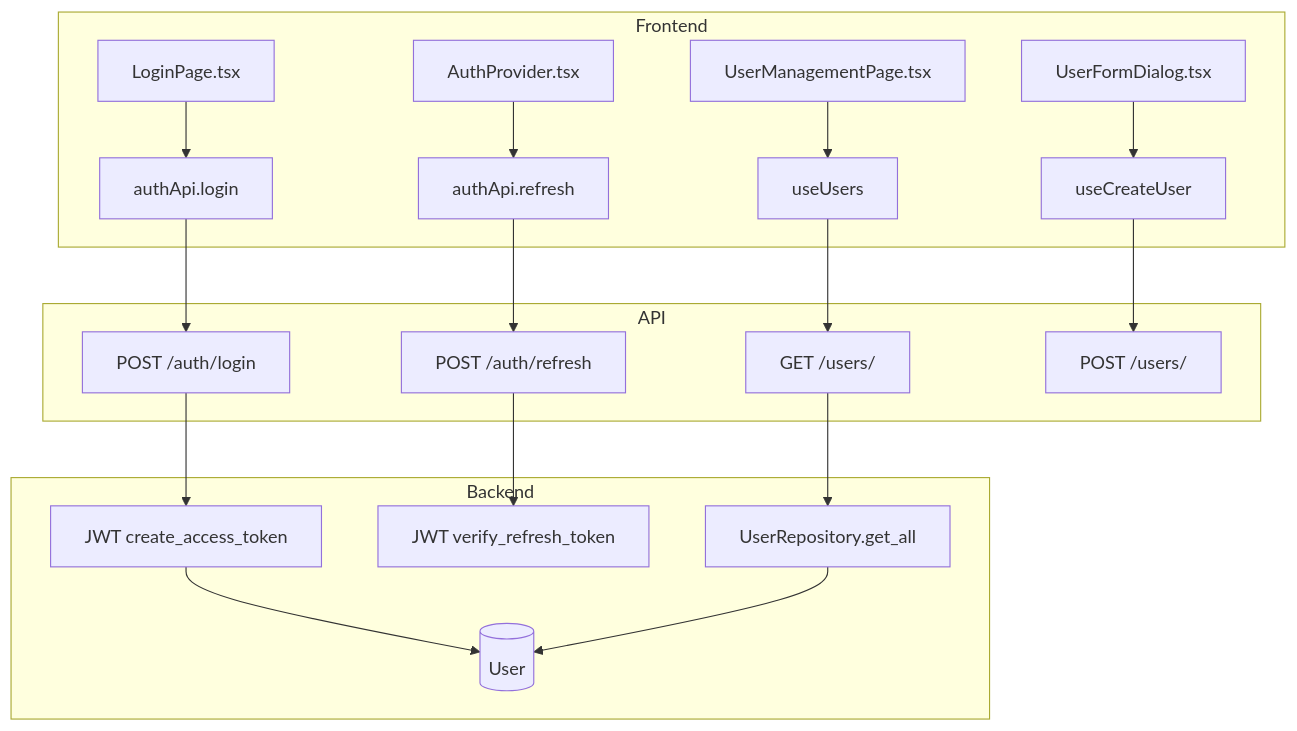
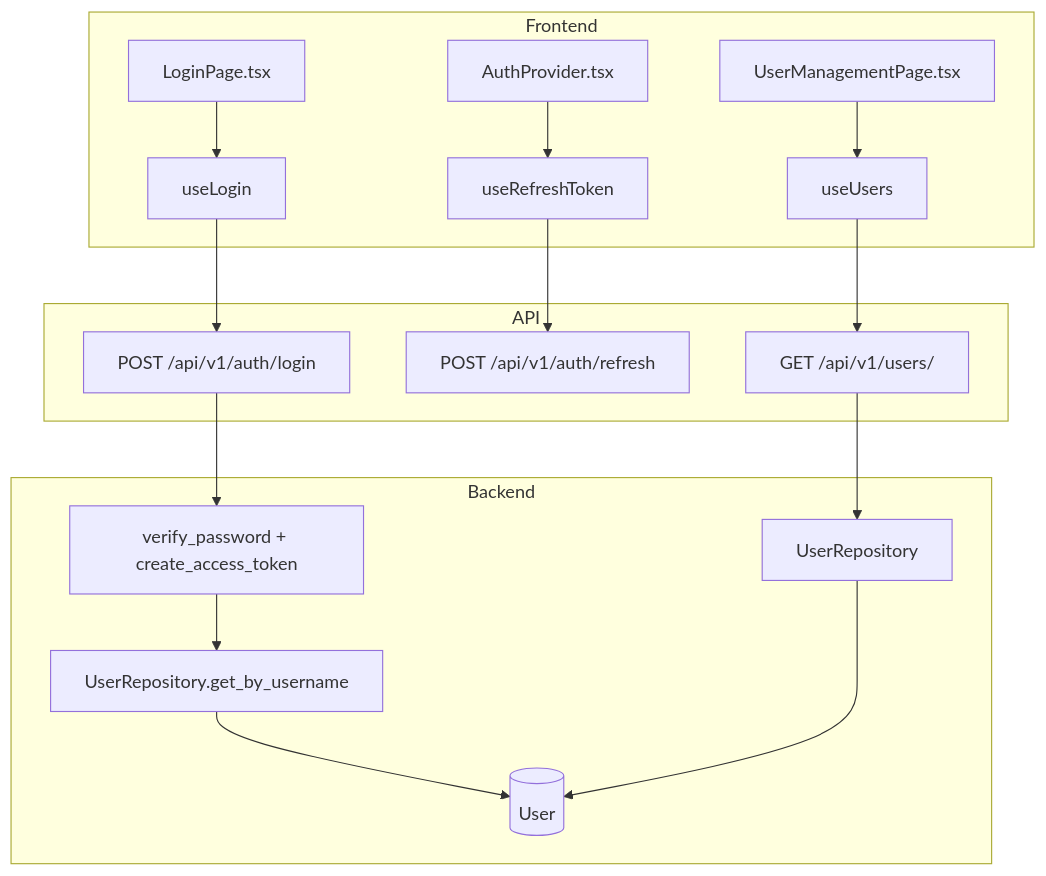
One commit to saturnis-io/cassini changed the first of 2 diagrams in .knowledge/features/auth.md. Above: the diagram before and after it, drawn with Mermaid. The commit also changed other lines of this file and 15 other files, not shown here.

Commit message:
knowledge-graph: regenerate

````diff
--- a/.knowledge/features/auth.md
+++ b/.knowledge/features/auth.md
@@ -5,22 +5,20 @@
 ```mermaid
 flowchart TD
     subgraph Frontend
-        C1[LoginPage.tsx] --> H1[authApi.login]
-        C2[AuthProvider.tsx] --> H2[authApi.refresh]
+        C1[LoginPage.tsx] --> H1[useLogin]
+        C2[AuthProvider.tsx] --> H2[useRefreshToken]
         C3[UserManagementPage.tsx] --> H3[useUsers]
-        C4[UserFormDialog.tsx] --> H4[useCreateUser]
     end
     subgraph API
-        H1 --> E1["POST /auth/login"]
-        H2 --> E2["POST /auth/refresh"]
-        H3 --> E3["GET /users/"]
-        H4 --> E4["POST /users/"]
+        H1 --> E1[POST /api/v1/auth/login]
+        H2 --> E2[POST /api/v1/auth/refresh]
+        H3 --> E3[GET /api/v1/users/]
     end
     subgraph Backend
-        E1 --> S1[JWT create_access_token]
-        E2 --> S2[JWT verify_refresh_token]
-        E3 --> R1[UserRepository.get_all]
-        S1 --> M1[(User)]
-        R1 --> M1
+        E1 --> S1[verify_password + create_access_token]
+        S1 --> R1[UserRepository.get_by_username]
+        R1 --> M1[(User)]
+        E3 --> R2[UserRepository]
+        R2 --> M1
     end
 ```
````
